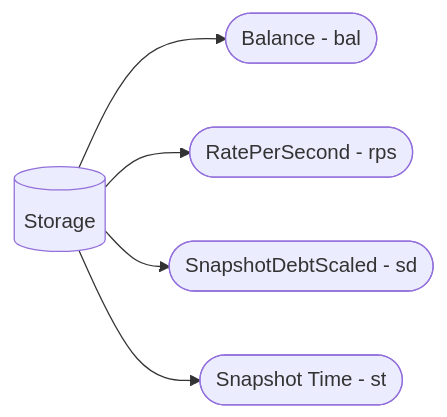
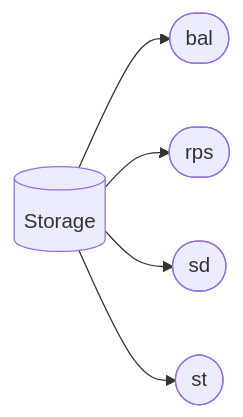
One commit to sablier-labs/docs changed the first of 9 diagrams in docs/reference/flow/01-diagrams.md. Above: the diagram before and after it, drawn with Mermaid. The commit also changed other lines of this file and 3 other files, not shown here.

Commit message:
removes streamId from sequence diagrams categorizes diagrams in Flow access control simplifies diagrams in Lockup access control defines ongoing debt in Flow overview fixes definition of snapshot debt in Flow overview adds abbreviations in Flow diagrams

````diff
--- a/docs/reference/flow/01-diagrams.md
+++ b/docs/reference/flow/01-diagrams.md
@@ -13,13 +28,13 @@
 ```mermaid
 flowchart LR
     storage[(Storage)]
-    bal([Balance - bal])
-    rps([RatePerSecond - rps])
-    sd([SnapshotDebtScaled - sd])
-    st([Snapshot Time - st])
+    bal([bal])
+    rps([rps])
+    sd([sd])
+    st([st])
 
     storage --> bal
     storage --> rps
     storage --> sd
     storage --> st
 ```
````
